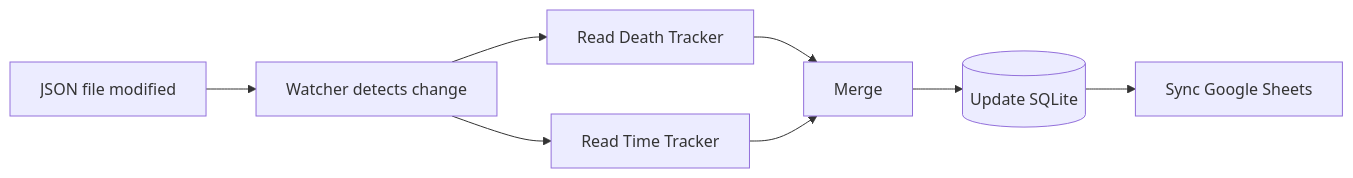
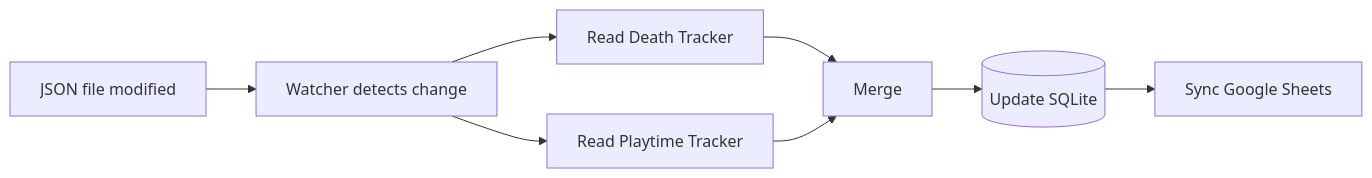
One commit to LeviTemoteo/gd-Pipeline changed the second of 3 diagrams in README.md. Above: the diagram before and after it, drawn with Mermaid. The commit also changed other lines of this file, not shown here.

````diff
--- a/README.md
+++ b/README.md
@@ -48,25 +58,25 @@
 ```mermaid
 flowchart LR
 
 A[JSON file modified]
 
 B[Watcher detects change]
 
 C[Read Death Tracker]
 
-D[Read Time Tracker]
+D[Read Playtime Tracker]
 
 E[Merge]
 
 DB[(Update SQLite)]
 
 G[Sync Google Sheets]
 
 A --> B
 B --> C
 B --> D
 C --> E
 D --> E
 E --> DB
 DB --> G
 ```
````
